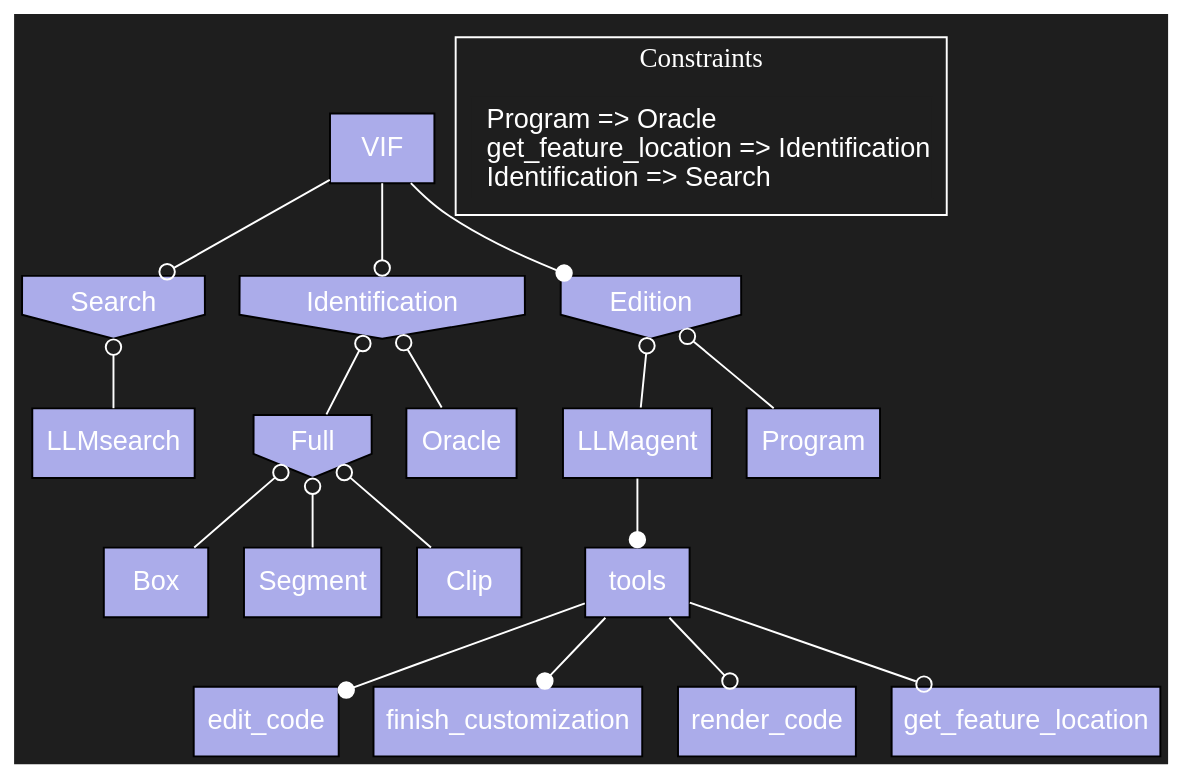
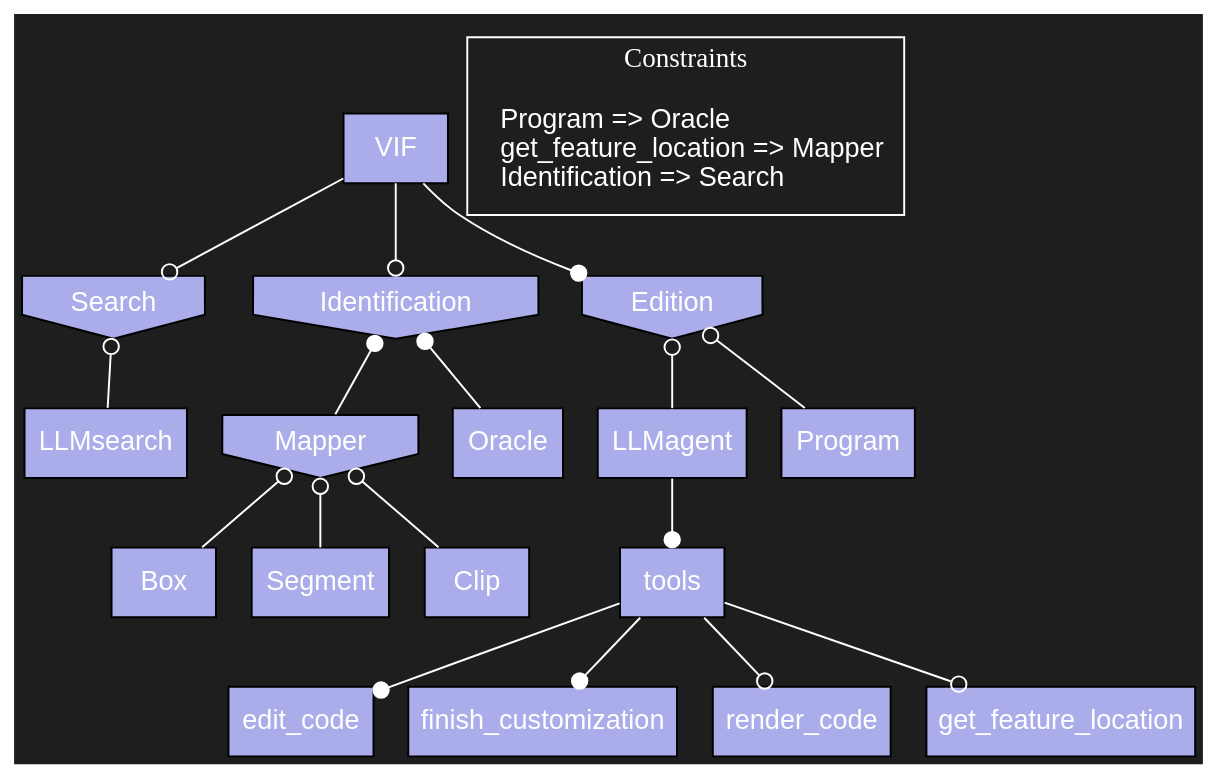
The diagram in DOC/feat_mod_vif.dot (IV2C/VIFagent), drawn with Graphviz before and after one commit. The commit also changed 7 other files, not shown here.

```diff
--- a/DOC/feat_mod_vif.dot
+++ b/DOC/feat_mod_vif.dot
@@ -1,51 +1,51 @@
 digraph FeatureModel {
 rankdir="TB"
 newrank=true
 bgcolor="#1e1e1e"
 edge [color=white]
 node [style=filled fontcolor="white" fontname="Arial Unicode MS, Arial"];
 
 LLMsearch [fillcolor="#ABACEA" tooltip="Cardinality: None" shape="box"]
 Search -> LLMsearch [arrowhead="none", arrowtail="odot", dir="both"]
 Search [fillcolor="#ABACEA" tooltip="Cardinality: None" shape="invhouse"]
 VIF -> Search [arrowhead="odot", arrowtail="none", dir="both"]
 Box [fillcolor="#ABACEA" tooltip="Cardinality: None" shape="box"]
-Full -> Box [arrowhead="none", arrowtail="odot", dir="both"]
+Mapper -> Box [arrowhead="none", arrowtail="odot", dir="both"]
 Segment [fillcolor="#ABACEA" tooltip="Cardinality: None" shape="box"]
-Full -> Segment [arrowhead="none", arrowtail="odot", dir="both"]
+Mapper -> Segment [arrowhead="none", arrowtail="odot", dir="both"]
 Clip [fillcolor="#ABACEA" tooltip="Cardinality: None" shape="box"]
-Full -> Clip [arrowhead="none", arrowtail="odot", dir="both"]
-Full [fillcolor="#ABACEA" tooltip="Cardinality: None" shape="invhouse"]
-Identification -> Full [arrowhead="none", arrowtail="odot", dir="both"]
+Mapper -> Clip [arrowhead="none", arrowtail="odot", dir="both"]
+Mapper [fillcolor="#ABACEA" tooltip="Cardinality: None" shape="invhouse"]
+Identification -> Mapper [arrowhead="none", arrowtail="dot", dir="both"]
 Oracle [fillcolor="#ABACEA" tooltip="Cardinality: None" shape="box"]
-Identification -> Oracle [arrowhead="none", arrowtail="odot", dir="both"]
+Identification -> Oracle [arrowhead="none", arrowtail="dot", dir="both"]
 Identification [fillcolor="#ABACEA" tooltip="Cardinality: None" shape="invhouse"]
 VIF -> Identification [arrowhead="odot", arrowtail="none", dir="both"]
 edit_code [fillcolor="#ABACEA" tooltip="Cardinality: None" shape="box"]
 tools -> edit_code [arrowhead="dot", arrowtail="none", dir="both"]
 finish_customization [fillcolor="#ABACEA" tooltip="Cardinality: None" shape="box"]
 tools -> finish_customization [arrowhead="dot", arrowtail="none", dir="both"]
 render_code [fillcolor="#ABACEA" tooltip="Cardinality: None" shape="box"]
 tools -> render_code [arrowhead="odot", arrowtail="none", dir="both"]
 get_feature_location [fillcolor="#ABACEA" tooltip="Cardinality: None" shape="box"]
 tools -> get_feature_location [arrowhead="odot", arrowtail="none", dir="both"]
 tools [fillcolor="#ABACEA" tooltip="Cardinality: None" shape="box"]
 LLMagent -> tools [arrowhead="dot", arrowtail="none", dir="both"]
 LLMagent [fillcolor="#ABACEA" tooltip="Cardinality: None" shape="box"]
 Edition -> LLMagent [arrowhead="none", arrowtail="odot", dir="both"]
 Program [fillcolor="#ABACEA" tooltip="Cardinality: None" shape="box"]
 Edition -> Program [arrowhead="none", arrowtail="odot", dir="both"]
 Edition [fillcolor="#ABACEA" tooltip="Cardinality: None" shape="invhouse"]
 VIF -> Edition [arrowhead="dot", arrowtail="none", dir="both"]
 VIF [fillcolor="#ABACEA" tooltip="Cardinality: None" shape="box"]
 
 
 subgraph cluster_constraints{
     label="Constraints" color="white" fontcolor="white"
     constraints [shape="box" color="#1e1e1e" label=<<table border="0" cellpadding="0" cellspacing="0" cellborder="0">
         <tr><td align="left">Program =&gt; Oracle</td></tr>
-    <tr><td align="left">get_feature_location =&gt; Identification</td></tr>
+    <tr><td align="left">get_feature_location =&gt; Mapper</td></tr>
     <tr><td align="left">Identification =&gt; Search</td></tr>
 </table>>]
 }
 }
```
